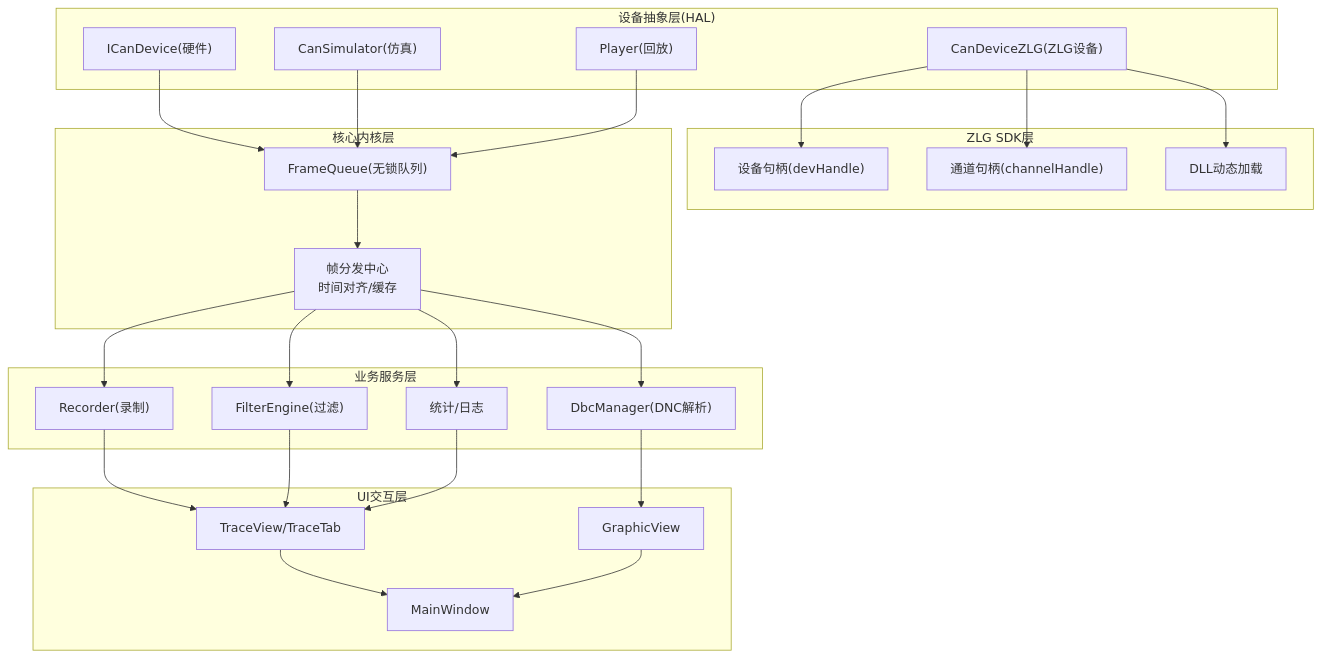
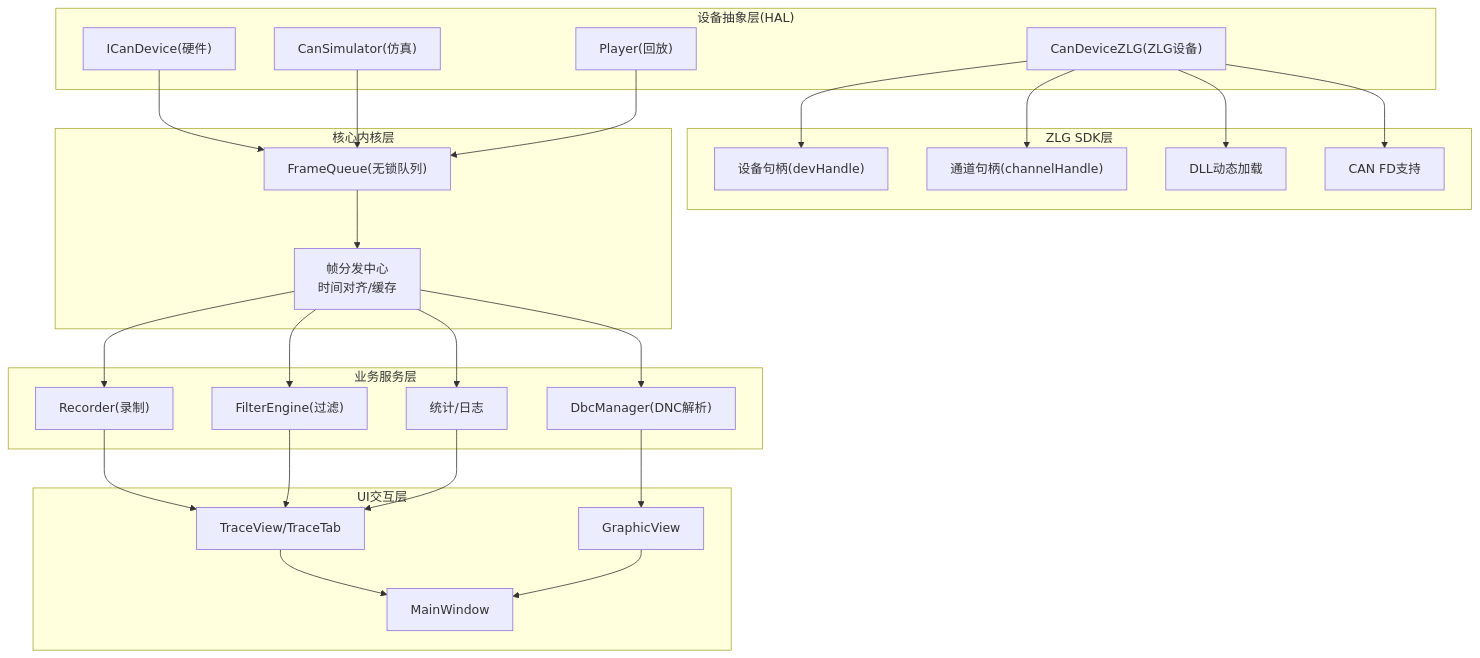
The second of 9 diagrams in .qoder/repowiki/zh/content/核心模块详解/CAN设备管理系统.md (jakecai1225-design/OpenBus), drawn with Mermaid before and after one commit. The commit also changed other lines of this file and 6 other files, not shown here.

Commit message:
trace flow graphic

````diff
--- a/.qoder/repowiki/zh/content/核心模块详解/CAN设备管理系统.md
+++ b/.qoder/repowiki/zh/content/核心模块详解/CAN设备管理系统.md
@@ -134,46 +135,48 @@
 ```mermaid
 graph TB
 subgraph "设备抽象层(HAL)"
 HAL1["ICanDevice(硬件)"]
 HAL2["CanDeviceZLG(ZLG设备)"]
 HAL3["CanSimulator(仿真)"]
 HAL4["Player(回放)"]
 end
 subgraph "ZLG SDK层"
 SDK1["设备句柄(devHandle)"]
 SDK2["通道句柄(channelHandle)"]
 SDK3["DLL动态加载"]
+SDK4["CAN FD支持"]
 end
 subgraph "核心内核层"
 Core["帧分发中心<br/>时间对齐/缓存"]
 MQ["FrameQueue(无锁队列)"]
 end
 subgraph "业务服务层"
 S1["Recorder(录制)"]
 S2["FilterEngine(过滤)"]
 S3["DbcManager(DNC解析)"]
 S4["统计/日志"]
 end
 subgraph "UI交互层"
 UI1["TraceView/TraceTab"]
 UI2["GraphicView"]
 UI3["MainWindow"]
 end
 HAL1 --> MQ
 HAL2 --> SDK1
 HAL2 --> SDK2
 HAL2 --> SDK3
+HAL2 --> SDK4
 HAL3 --> MQ
 HAL4 --> MQ
 MQ --> Core
 Core --> S1
 Core --> S2
 Core --> S3
 Core --> S4
 S1 --> UI1
 S2 --> UI1
 S3 --> UI2
 S4 --> UI1
 UI1 --> UI3
 UI2 --> UI3
 ```
````
